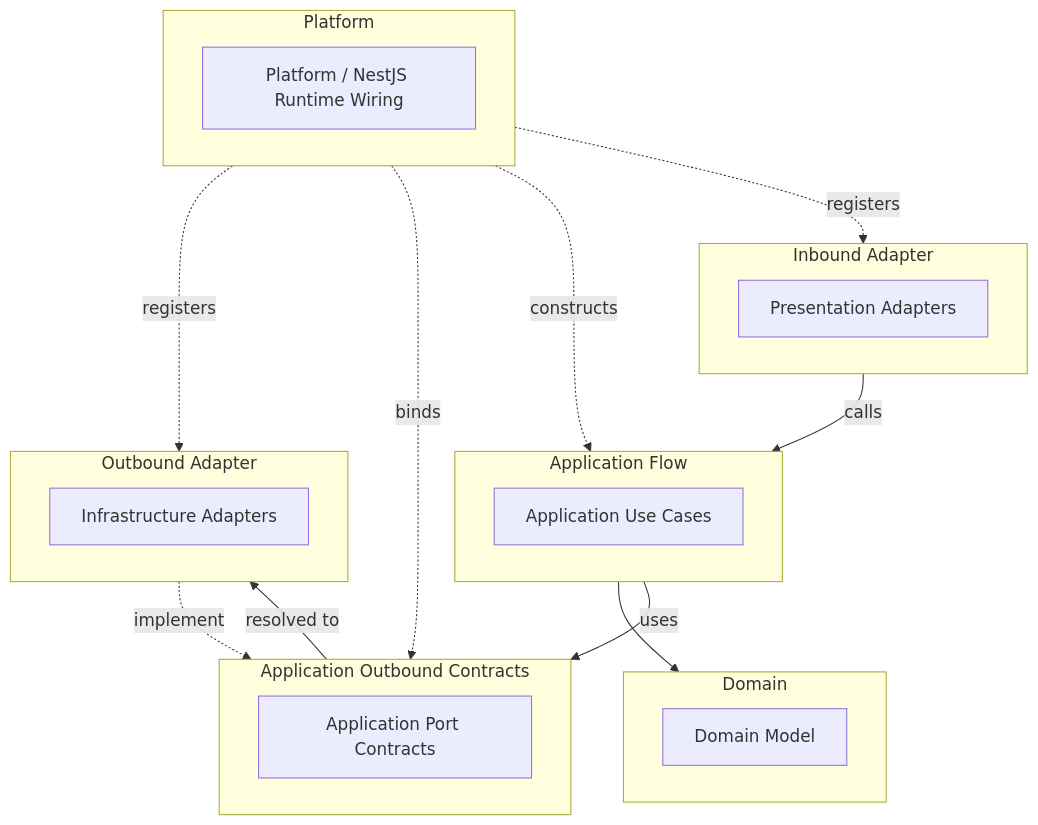
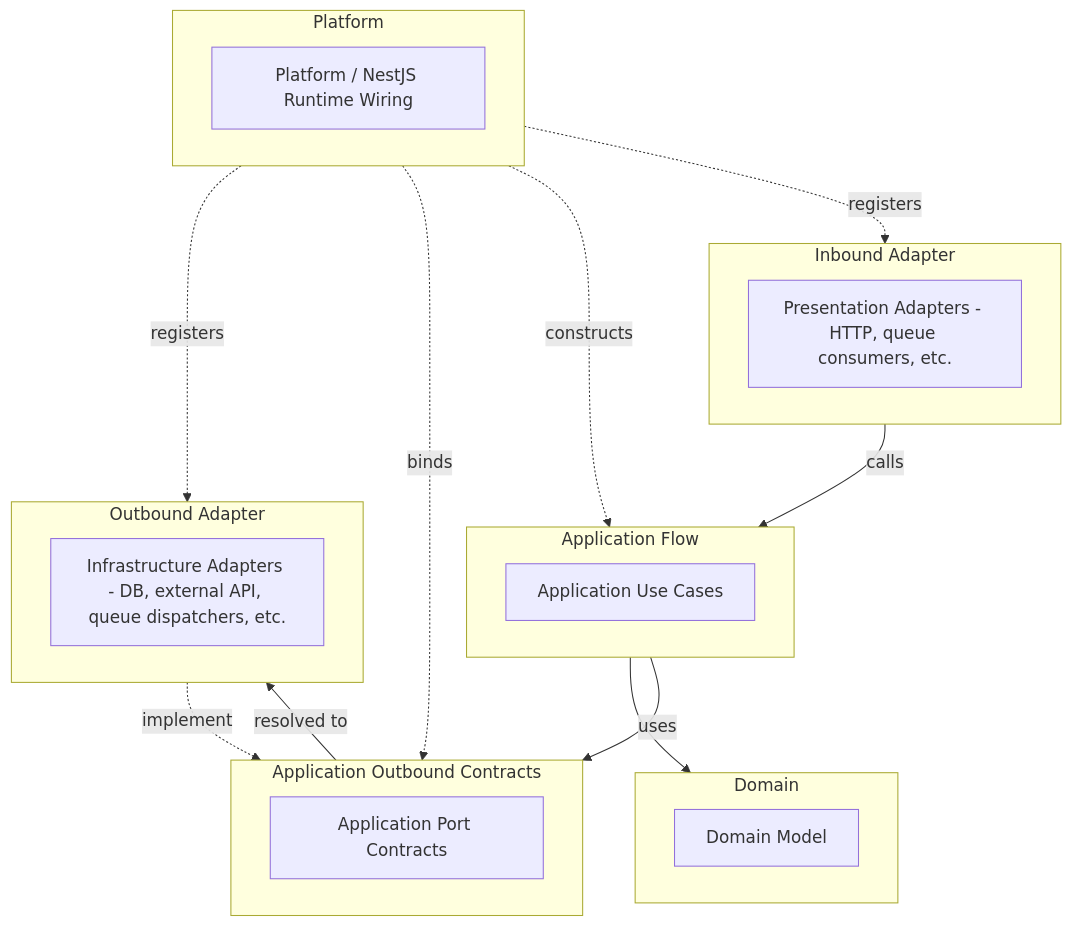
The diagram in apps/api/docs/en/runtime-wiring.md (makeUgreat/sheska), drawn with Mermaid before and after one commit. The commit also changed 33 other files, not shown here.

First line of the commit message:
refactor(api): split ingestion queue boundaries

````diff
--- a/apps/api/docs/en/runtime-wiring.md
+++ b/apps/api/docs/en/runtime-wiring.md
@@ -31,43 +31,43 @@
 ```mermaid
 flowchart TB
   subgraph platform[Platform]
     direction LR
     platformNest[Platform / NestJS Runtime Wiring]
   end
 
   subgraph inboundRow[Inbound Adapter]
     direction LR
-    controllers[Presentation Adapters]
+    controllers[Presentation Adapters - HTTP, queue consumers, etc.]
   end
 
   subgraph usecaseRow[Application Flow]
     direction LR
     usecases[Application Use Cases]
   end
 
   subgraph contractRow[Application Outbound Contracts]
     direction LR
     ports[Application Port Contracts]
   end
 
   subgraph outboundRow[Outbound Adapter]
     direction LR
-    adapters[Infrastructure Adapters]
+    adapters[Infrastructure Adapters - DB, external API, queue dispatchers, etc.]
   end
 
   subgraph domainRow[Domain]
     direction LR
     domain[Domain Model]
   end
 
   platformNest -. registers .-> controllers
   platformNest -. constructs .-> usecases
   platformNest -. binds .-> ports
   platformNest -. registers .-> adapters
 
   controllers -->|calls| usecases
   usecases --> domain
   usecases -->|uses| ports
   ports -->|resolved to| adapters
   adapters -. implement .-> ports
 ```
````
